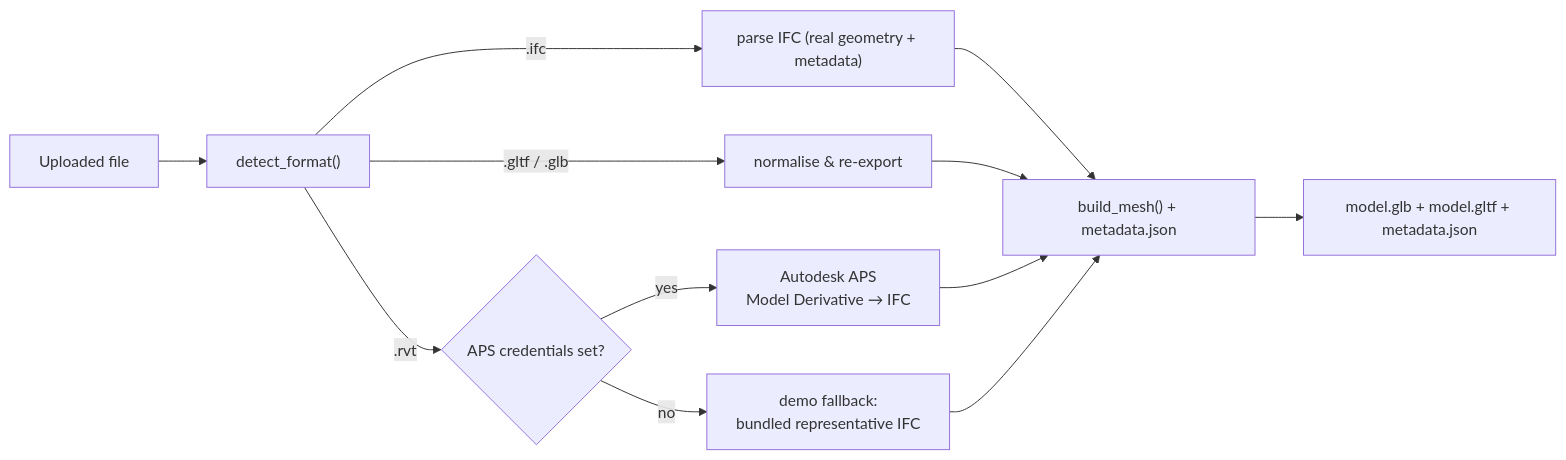
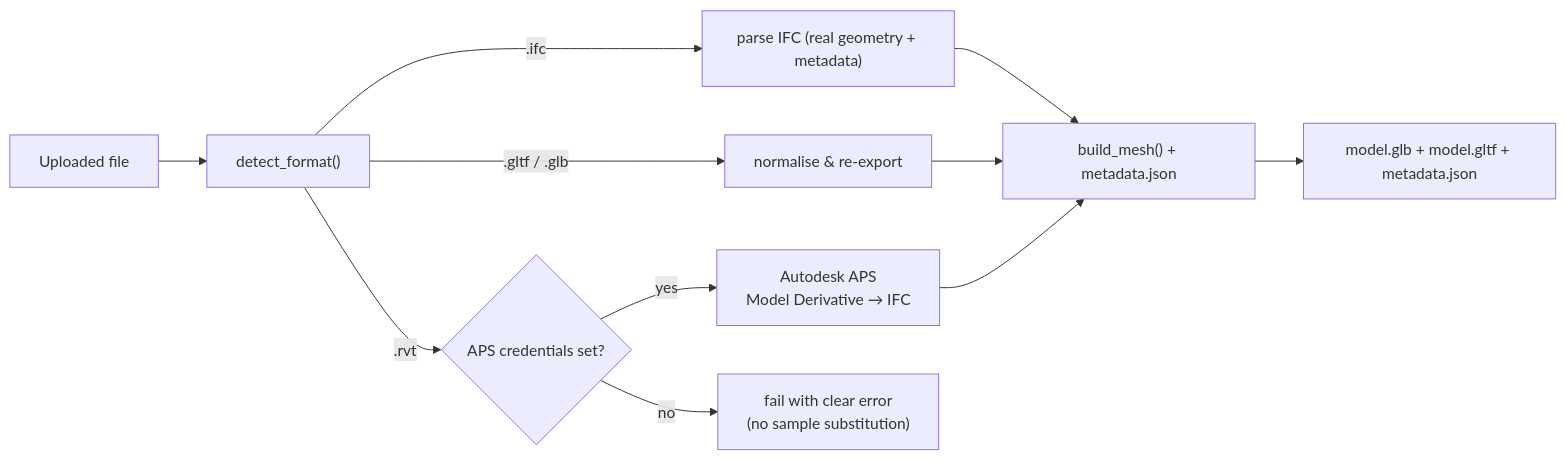
Before and after one commit to studio-public-demos/bim-cloud-pipeline: the second of 2 diagrams in docs/ARCHITECTURE.md, drawn with Mermaid. The commit also changed other lines of this file and 12 other files, not shown here.

Commit message:
Fix .rvt upload: fail clearly instead of silently substituting the bundled sample

````diff
--- a/docs/ARCHITECTURE.md
+++ b/docs/ARCHITECTURE.md
@@ -39,14 +39,13 @@
 ```mermaid
 flowchart LR
     UP["Uploaded file"] --> DET["detect_format()"]
     DET -->|".ifc"| IFC["parse IFC (real geometry + metadata)"]
     DET -->|".gltf / .glb"| GLT["normalise & re-export"]
     DET -->|".rvt"| RVT{"APS credentials set?"}
     RVT -->|"yes"| APS["Autodesk APS<br/>Model Derivative → IFC"]
-    RVT -->|"no"| FALLBACK["demo fallback:<br/>bundled representative IFC"]
+    RVT -->|"no"| FAIL["fail with clear error<br/>(no sample substitution)"]
     IFC --> M["build_mesh() + metadata.json"]
     GLT --> M
     APS --> M
-    FALLBACK --> M
     M --> O["model.glb + model.gltf + metadata.json"]
 ```
````
